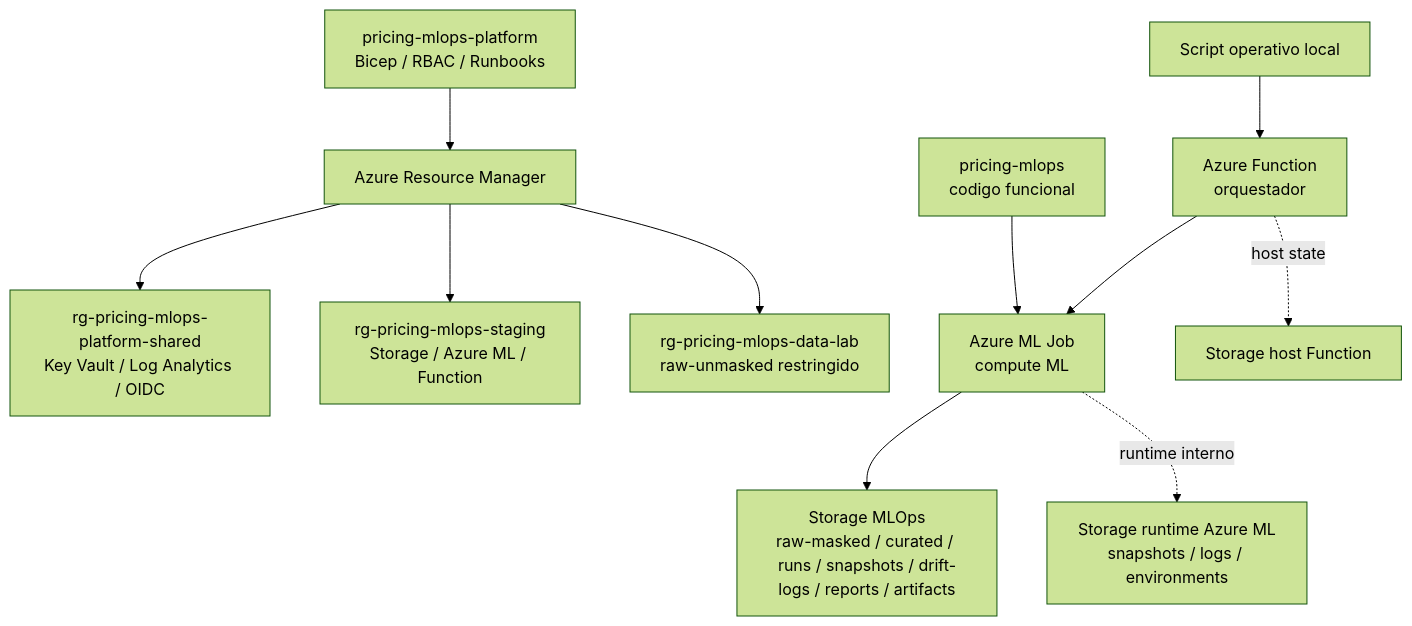
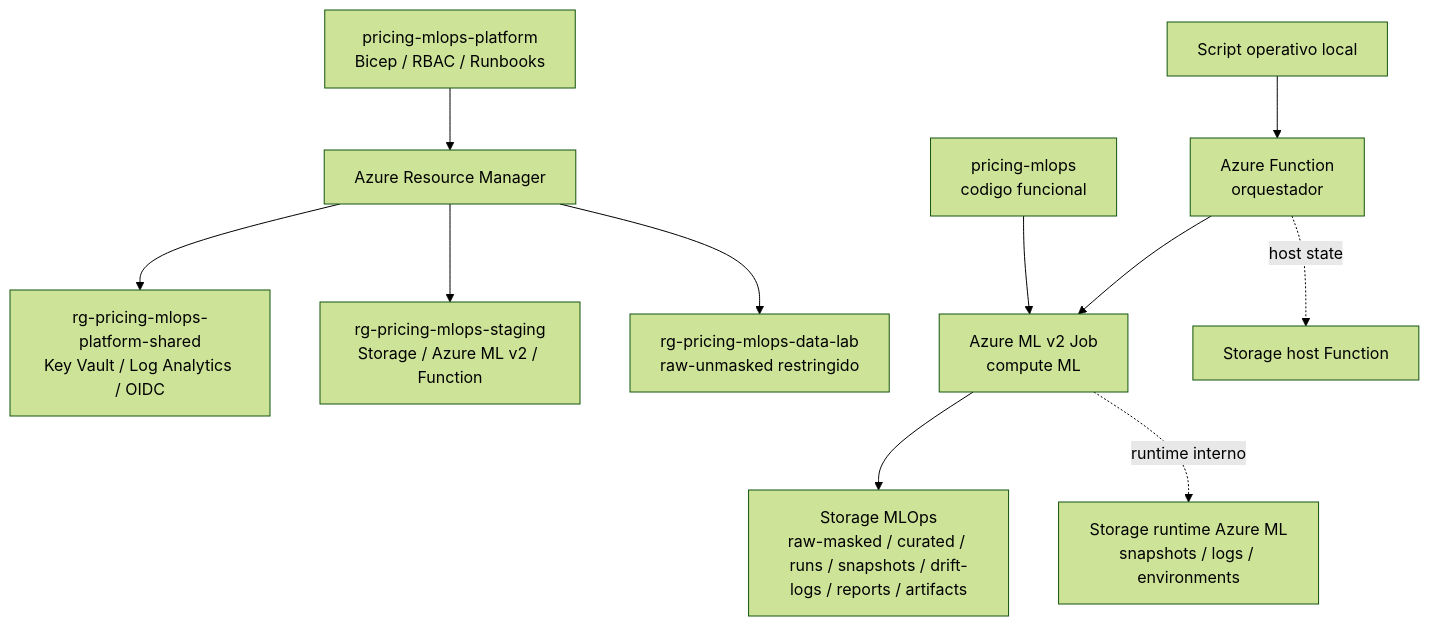
The diagram in README.md (tecmx-team46-pricing/pricing-mlops-platform), drawn with Mermaid (forest theme) before and after one commit. The commit also changed other lines of this file and 10 other files, not shown here.

````diff
--- a/README.md
+++ b/README.md
@@ -20,14 +20,14 @@
 ```mermaid
 flowchart TD
   Platform["pricing-mlops-platform<br/>Bicep / RBAC / Runbooks"] --> ARM["Azure Resource Manager"]
   ARM --> Shared["rg-pricing-mlops-platform-shared<br/>Key Vault / Log Analytics / OIDC"]
-  ARM --> Staging["rg-pricing-mlops-staging<br/>Storage / Azure ML / Function"]
+  ARM --> Staging["rg-pricing-mlops-staging<br/>Storage / Azure ML v2 / Function"]
   ARM --> DataLab["rg-pricing-mlops-data-lab<br/>raw-unmasked restringido"]
 
   Operator["Script operativo local"] --> Function["Azure Function<br/>orquestador"]
-  Function --> AML["Azure ML Job<br/>compute ML"]
+  Function --> AML["Azure ML v2 Job<br/>compute ML"]
   AML --> Storage["Storage MLOps<br/>raw-masked / curated / runs / snapshots / drift-logs / reports / artifacts"]
   AML -. runtime interno .-> AMLRuntime["Storage runtime Azure ML<br/>snapshots / logs / environments"]
   Function -. host state .-> FunctionStorage["Storage host Function"]
   ModelRepo["pricing-mlops<br/>codigo funcional"] --> AML
 ```
````
